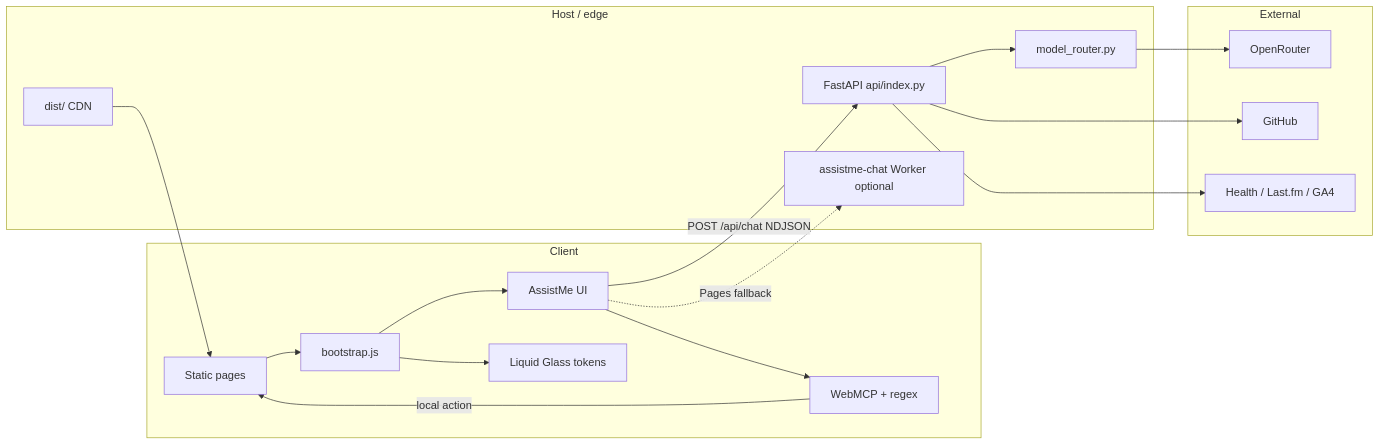
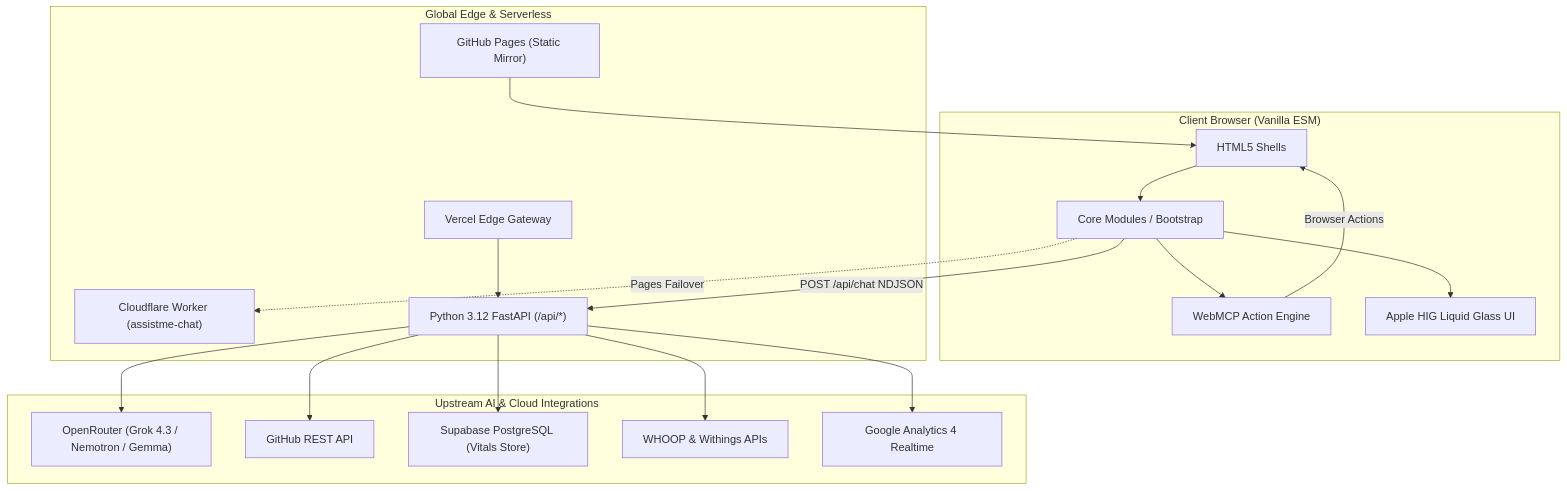
The diagram in README.md (mangeshraut712/mangeshrautarchive), drawn with Mermaid before and after one commit. The commit also changed other lines of this file and 1 other file, not shown here.

First line of the commit message:
docs(readme): upgrade open-source README with rich vector architecture diagrams and verified factual grounding

````diff
--- a/README.md
+++ b/README.md
@@ -271,34 +129,37 @@
 ```mermaid
-flowchart LR
-  subgraph Client
-    HTML[Static pages]
-    BOOT[bootstrap.js]
-    MCP[WebMCP + regex]
-    CHAT[AssistMe UI]
-    LG[Liquid Glass tokens]
+flowchart TD
+  subgraph Client ["Client Browser (Vanilla ESM)"]
+    DOM[HTML5 Shells]
+    JS[Core Modules / Bootstrap]
+    MCP[WebMCP Action Engine]
+    UI[Apple HIG Liquid Glass UI]
   end
 
-  subgraph Edge["Host / edge"]
-    CDN[dist/ CDN]
-    API[FastAPI api/index.py]
-    R[model_router.py]
-    W[assistme-chat Worker optional]
+  subgraph Edge ["Global Edge & Serverless"]
+    Pages["GitHub Pages (Static Mirror)"]
+    Vercel["Vercel Edge Gateway"]
+    Worker["Cloudflare Worker (assistme-chat)"]
+    FastAPI["Python 3.12 FastAPI (/api/*)"]
   end
 
-  subgraph External
-    OR[OpenRouter]
-    GH[GitHub]
-    INT[Health / Last.fm / GA4]
+  subgraph Upstream ["Upstream AI & Cloud Integrations"]
+    OR["OpenRouter (Grok 4.3 / Nemotron / Gemma)"]
+    GH["GitHub REST API"]
+    Supa["Supabase PostgreSQL (Vitals Store)"]
+    WHOOP["WHOOP & Withings APIs"]
+    GA4["Google Analytics 4 Realtime"]
   end
 
-  HTML --> BOOT --> CHAT
-  BOOT --> LG
-  CHAT --> MCP
-  MCP -->|local action| HTML
-  CHAT -->|POST /api/chat NDJSON| API
-  CHAT -.->|Pages fallback| W
-  API --> R --> OR
-  API --> GH
-  API --> INT
-  CDN --> HTML
+  DOM --> JS --> UI
+  JS --> MCP
+  MCP -->|Browser Actions| DOM
+  JS -->|POST /api/chat NDJSON| FastAPI
+  JS -.->|Pages Failover| Worker
+  FastAPI --> OR
+  FastAPI --> GH
+  FastAPI --> Supa
+  FastAPI --> WHOOP
+  FastAPI --> GA4
+  Pages --> DOM
+  Vercel --> FastAPI
 ```
````
